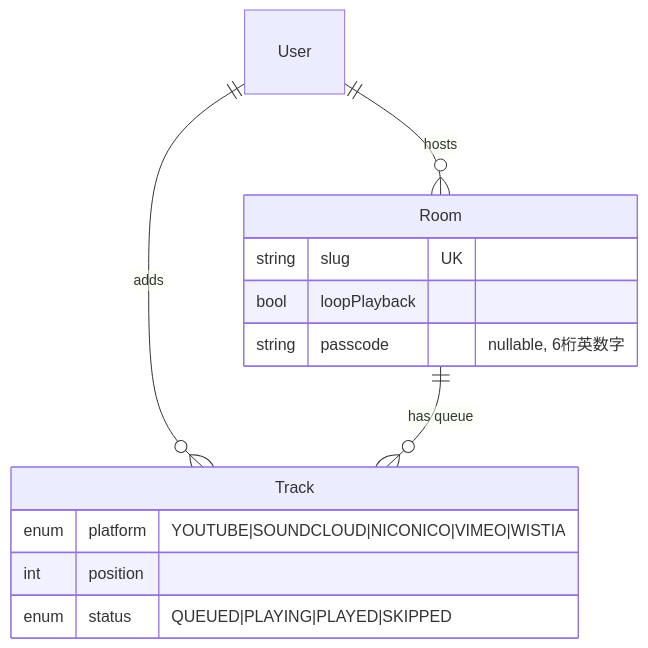
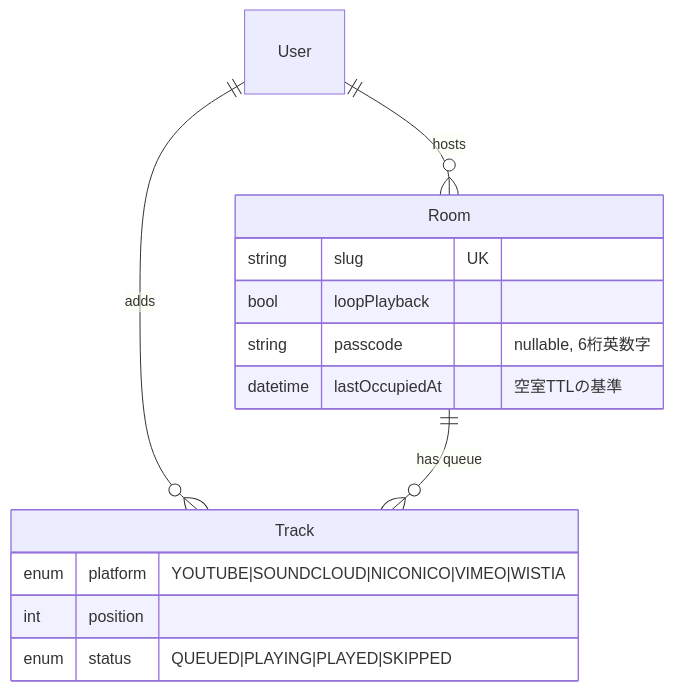
One commit to zagan-the-gun/XW-1 changed the third of 7 diagrams in docs/architecture.md. Above: the diagram before and after it, drawn with Mermaid. The commit also changed other lines of this file and 10 other files, not shown here.

````diff
--- a/docs/architecture.md
+++ b/docs/architecture.md
@@ -73,17 +73,18 @@
 ```mermaid
 erDiagram
     User ||--o{ Room : "hosts"
     User ||--o{ Track : "adds"
     Room ||--o{ Track : "has queue"
 
     Room {
         string slug UK
         bool loopPlayback
         string passcode "nullable, 6桁英数字"
+        datetime lastOccupiedAt "空室TTLの基準"
     }
     Track {
         enum platform "YOUTUBE|SOUNDCLOUD|NICONICO|VIMEO|WISTIA"
         int position
         enum status "QUEUED|PLAYING|PLAYED|SKIPPED"
     }
 ```
````
